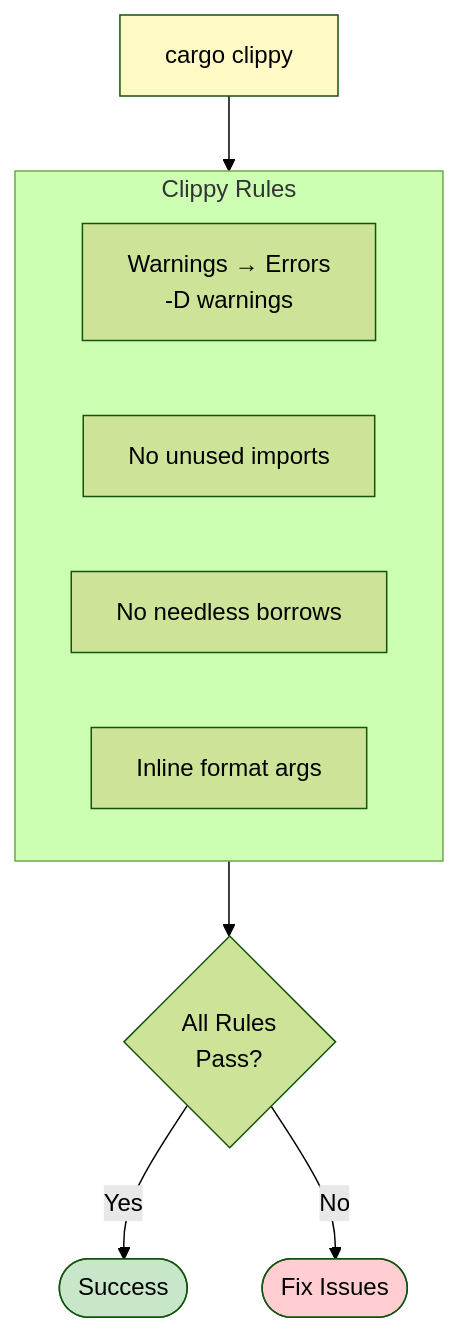
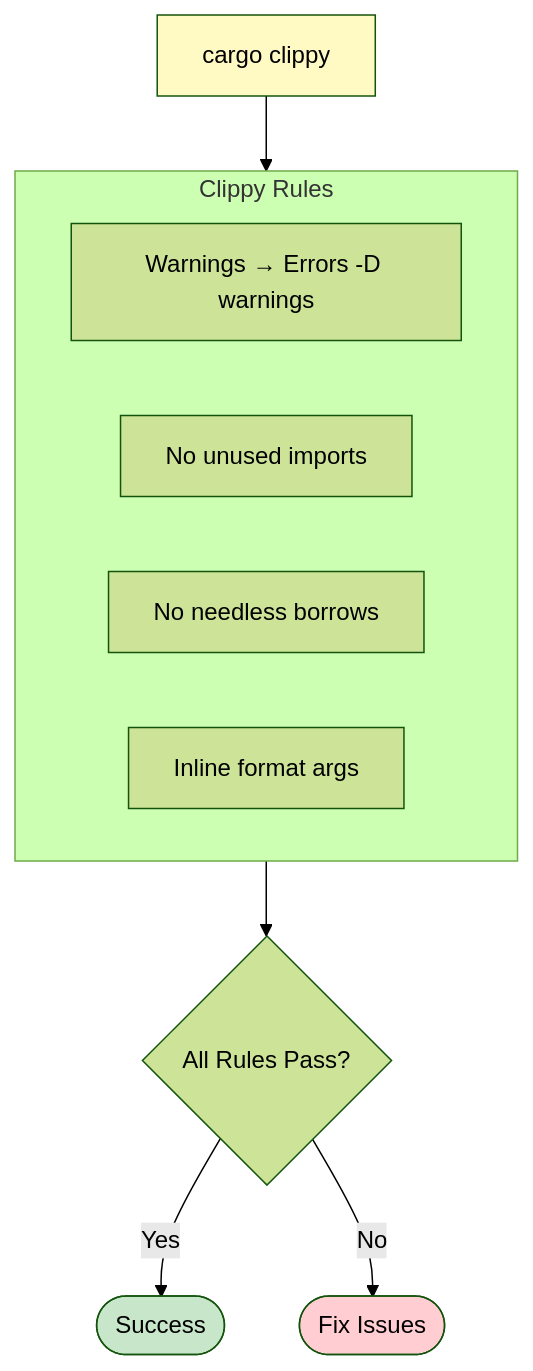
Before and after one commit to softwarewrighter/ui-test-rs: the seventh of 15 diagrams in wiki/Development-Guide.md, drawn with Mermaid (forest theme). The commit also changed other lines of this file and 10 other files, not shown here.

First line of the commit message:
Fix wiki Mermaid diagrams: remove <br/> tags

````diff
--- a/wiki/Development-Guide.md
+++ b/wiki/Development-Guide.md
@@ -290,25 +290,25 @@
 ```mermaid
 graph TB
     Clippy[cargo clippy]
 
     subgraph Rules["Clippy Rules"]
-        Warn[Warnings → Errors<br/>-D warnings]
+        Warn[Warnings → Errors -D warnings]
         Unused[No unused imports]
         Needless[No needless borrows]
         Format[Inline format args]
     end
 
     Clippy --> Rules
 
-    Pass{All Rules<br/>Pass?}
+    Pass{All Rules Pass?}
     Success([Success])
     Fix([Fix Issues])
 
     Rules --> Pass
     Pass -->|Yes| Success
     Pass -->|No| Fix
 
     style Clippy fill:#fff9c4
     style Success fill:#c8e6c9
     style Fix fill:#ffcdd2
 ```
````
